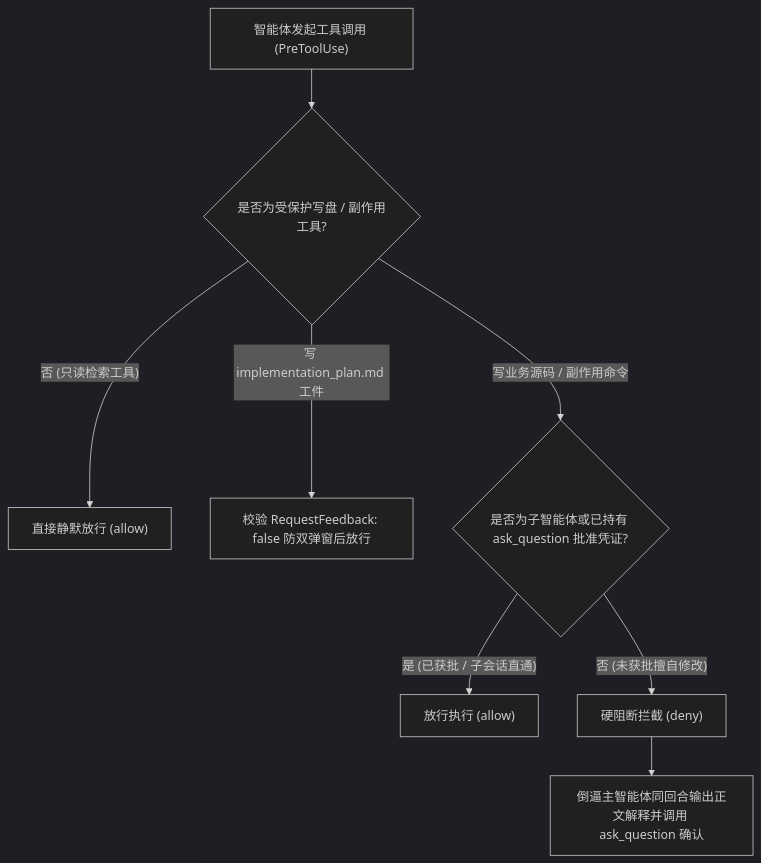
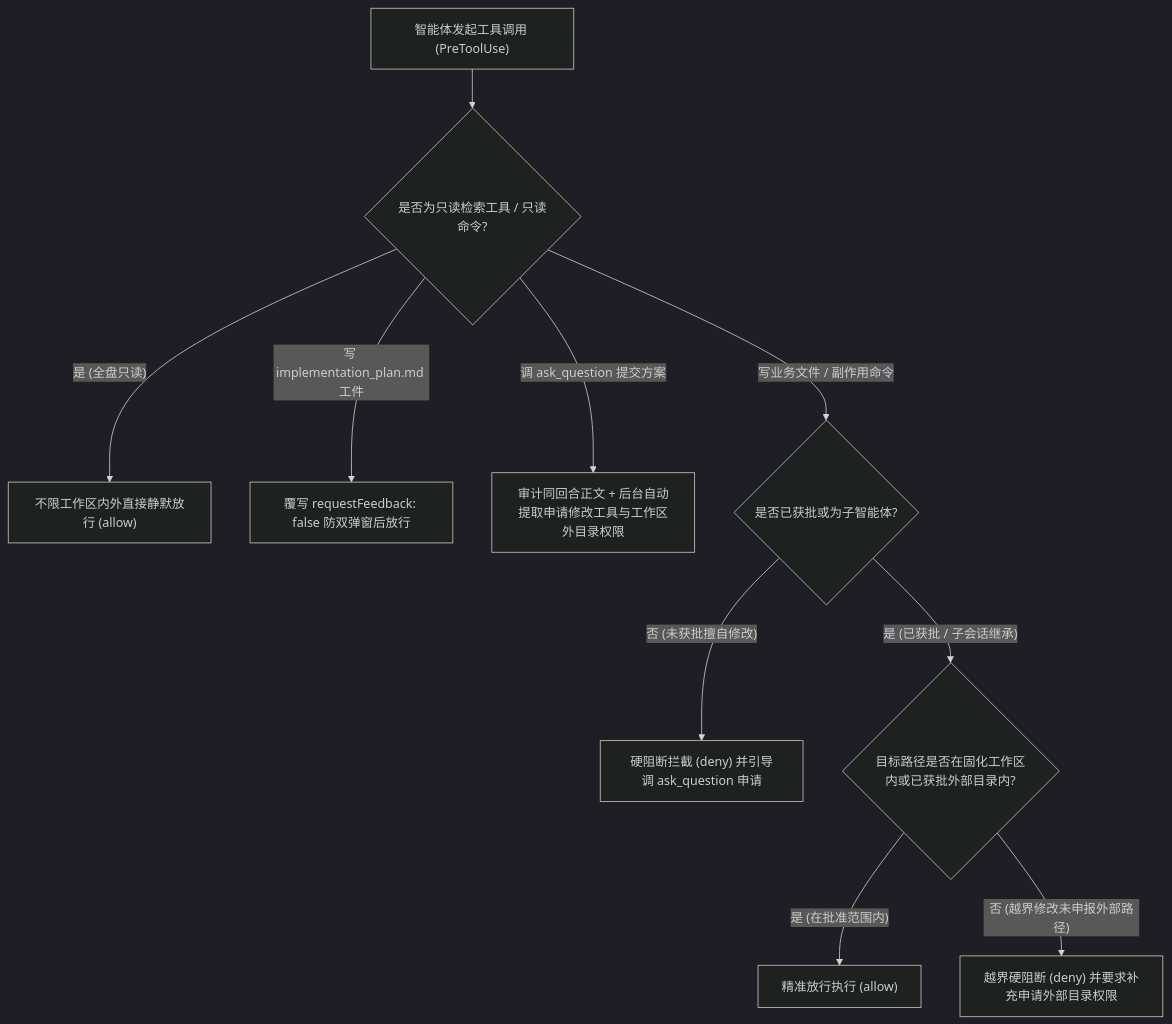
One commit to ToruOlenyeva/antigravity-plan-guard changed the diagram in README.md. Above: the diagram before and after it, drawn with Mermaid (dark theme). The commit also changed other lines of this file and 4 other files, not shown here.

````diff
--- a/README.md
+++ b/README.md
@@ -40,10 +41,12 @@
 ```mermaid
 flowchart TD
-    A["智能体发起工具调用 (PreToolUse)"] --> B{"是否为受保护写盘 / 副作用工具?"}
-    B -- "否 (只读检索工具)" --> C["直接静默放行 (allow)"]
-    B -- "写 implementation_plan.md 工件" --> D["校验 RequestFeedback: false 防双弹窗后放行"]
-    B -- "写业务源码 / 副作用命令" --> E{"是否为子智能体或已持有 ask_question 批准凭证?"}
-    E -- "是 (已获批 / 子会话直通)" --> F["放行执行 (allow)"]
-    E -- "否 (未获批擅自修改)" --> G["硬阻断拦截 (deny)"]
-    G --> H["倒逼主智能体同回合输出正文解释并调用 ask_question 确认"]
+    A["智能体发起工具调用 (PreToolUse)"] --> B{"是否为只读检索工具 / 只读命令?"}
+    B -- "是 (全盘只读)" --> C["不限工作区内外直接静默放行 (allow)"]
+    B -- "写 implementation_plan.md 工件" --> D["覆写 requestFeedback: false 防双弹窗后放行"]
+    B -- "调 ask_question 提交方案" --> E["审计同回合正文 + 后台自动提取申请修改工具与工作区外目录权限"]
+    B -- "写业务文件 / 副作用命令" --> F{"是否已获批或为子智能体?"}
+    F -- "否 (未获批擅自修改)" --> G["硬阻断拦截 (deny) 并引导调 ask_question 申请"]
+    F -- "是 (已获批 / 子会话继承)" --> H{"目标路径是否在固化工作区内或已获批外部目录内?"}
+    H -- "是 (在批准范围内)" --> I["精准放行执行 (allow)"]
+    H -- "否 (越界修改未申报外部路径)" --> J["越界硬阻断 (deny) 并要求补充申请外部目录权限"]
 ```
````
